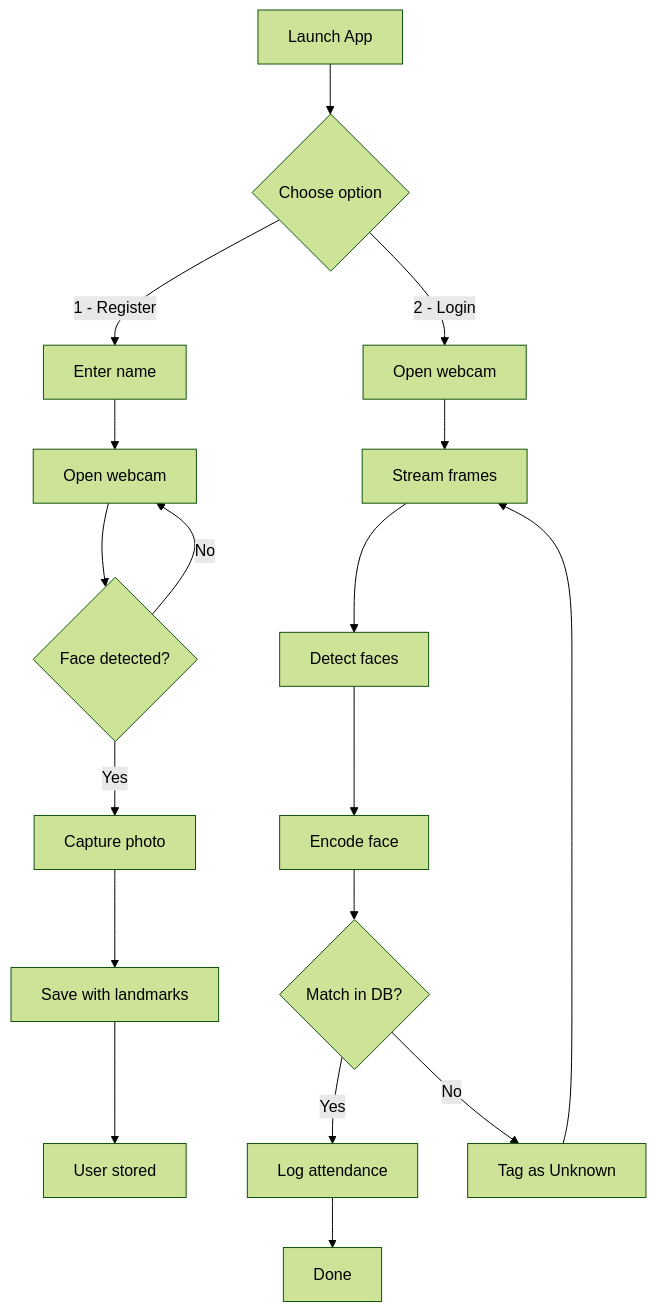
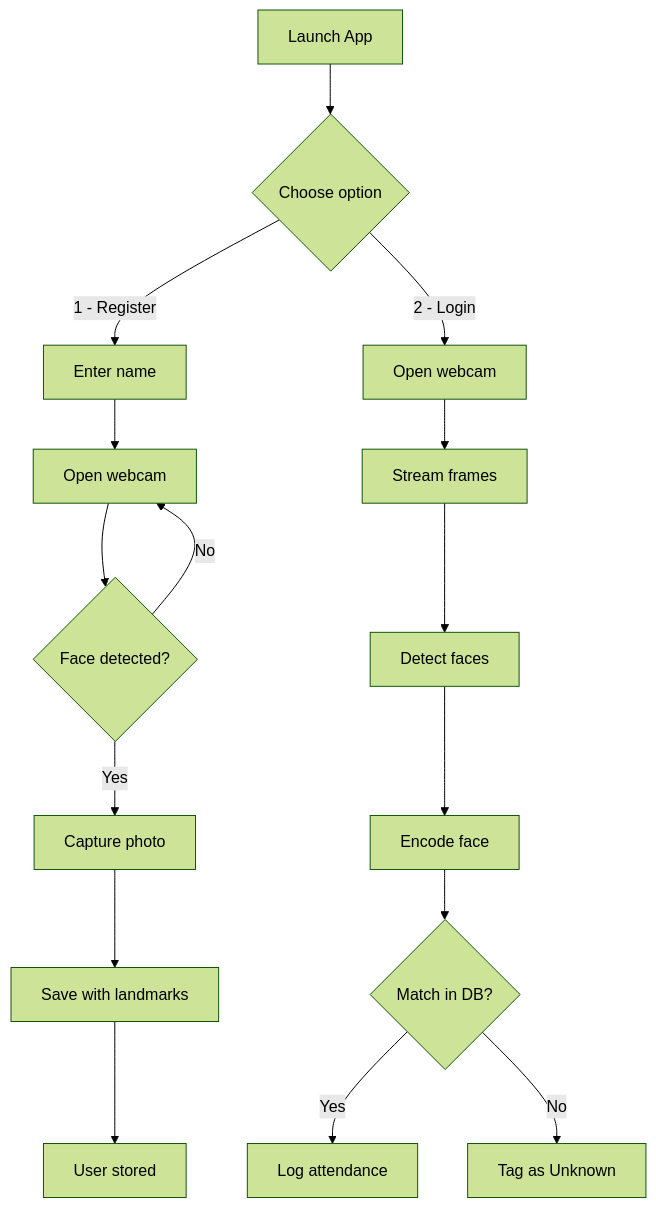
Before and after one commit to elite-coder669/AI_attendance_model: the diagram in README.md, drawn with Mermaid (forest theme).

Commit message:
fix: clean up mermaid flowchart whitespace

````diff
--- a/README.md
+++ b/README.md
@@ -18,21 +18,18 @@
 ```mermaid
 flowchart TD
     A[Launch App] --> B{Choose option}
     B -->|1 - Register| C[Enter name]
     C --> D[Open webcam]
     D --> E{Face detected?}
     E -->|No| D
     E -->|Yes| F[Capture photo]
     F --> G[Save with landmarks]
     G --> H[User stored]
-    
     B -->|2 - Login| I[Open webcam]
     I --> J[Stream frames]
     J --> K[Detect faces]
     K --> L[Encode face]
     L --> M{Match in DB?}
     M -->|Yes| N[Log attendance]
     M -->|No| O[Tag as Unknown]
-    N --> P[Done]
-    O --> J
 ```
````
